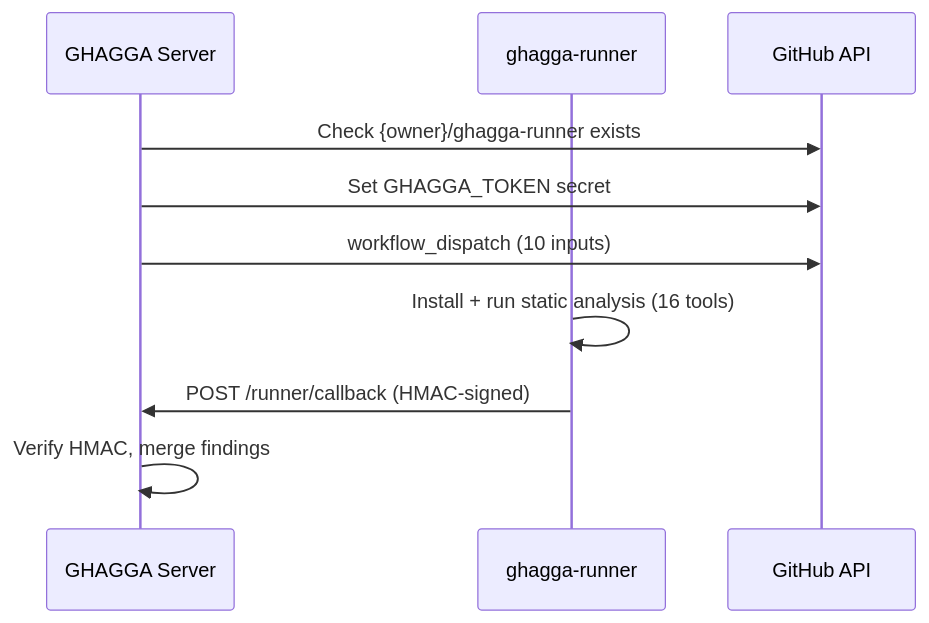
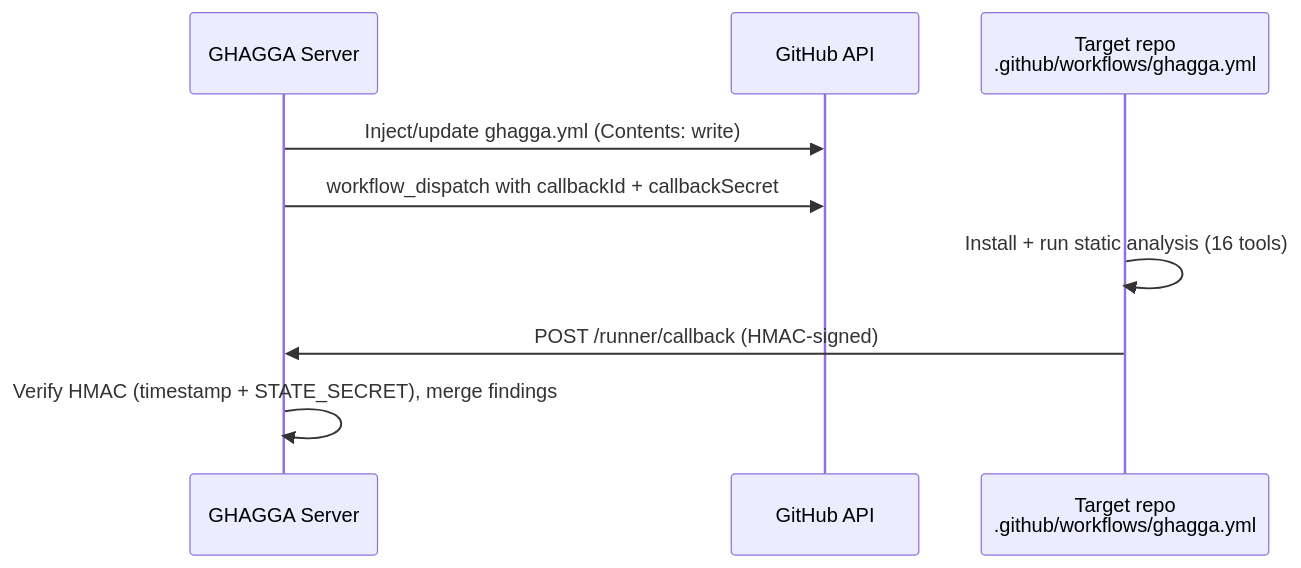
One commit to JNZader/ghagga changed the second of 2 diagrams in docs/architecture.md. Above: the diagram before and after it, drawn with Mermaid. The commit also changed other lines of this file and 64 other files, not shown here.

````diff
--- a/docs/architecture.md
+++ b/docs/architecture.md
@@ -92,13 +91,12 @@
 ```mermaid
 sequenceDiagram
     participant S as GHAGGA Server
-    participant R as ghagga-runner
     participant GH as GitHub API
+    participant Repo as Target repo<br/>.github/workflows/ghagga.yml
 
-    S->>GH: Check {owner}/ghagga-runner exists
-    S->>GH: Set GHAGGA_TOKEN secret
-    S->>GH: workflow_dispatch (10 inputs)
-    R->>R: Install + run static analysis (16 tools)
-    R->>S: POST /runner/callback (HMAC-signed)
-    S->>S: Verify HMAC, merge findings
+    S->>GH: Inject/update ghagga.yml (Contents: write)
+    S->>GH: workflow_dispatch with callbackId + callbackSecret
+    Repo->>Repo: Install + run static analysis (16 tools)
+    Repo->>S: POST /runner/callback (HMAC-signed)
+    S->>S: Verify HMAC (timestamp + STATE_SECRET), merge findings
 ```
````
